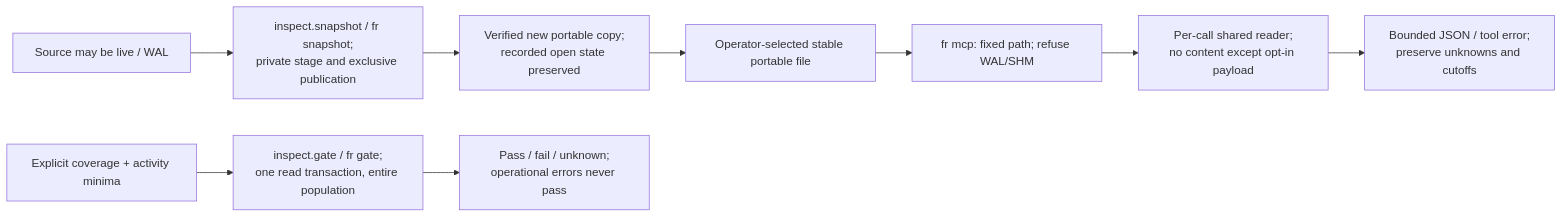
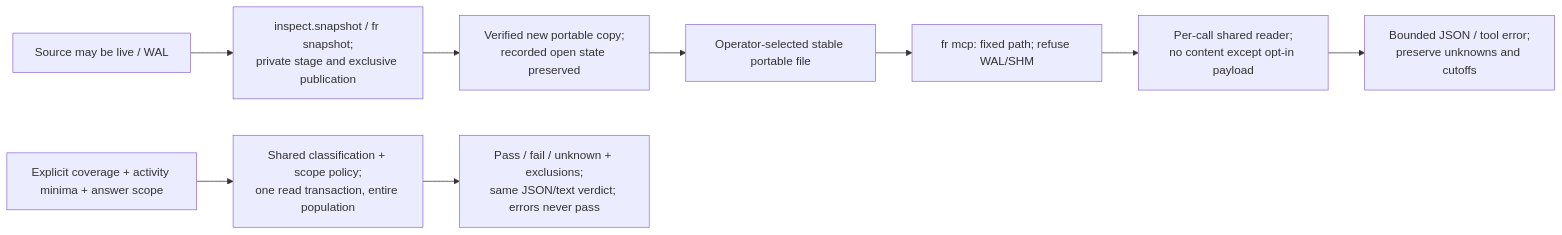
Before and after one commit to Steady-Hand-AI/mcp-flightrecorder: diagram 13 of 15 in docs/architecture.md, drawn with Mermaid. The commit also changed other lines of this file and 20 other files, not shown here.

````diff
--- a/docs/architecture.md
+++ b/docs/architecture.md
@@ -808,10 +815,10 @@
 ```mermaid
 flowchart LR
     Fixed["Operator-selected stable portable file"] --> MCP["fr mcp: fixed path; refuse WAL/SHM"]
     MCP --> Reader["Per-call shared reader;<br/>no content except opt-in payload"]
     Reader --> Reply["Bounded JSON / tool error;<br/>preserve unknowns and cutoffs"]
     Live["Source may be live / WAL"] --> Snap["inspect.snapshot / fr snapshot;<br/>private stage and exclusive publication"]
     Snap --> Portable["Verified new portable copy;<br/>recorded open state preserved"] --> Fixed
-    Expectations["Explicit coverage + activity minima"] --> Gate["inspect.gate / fr gate;<br/>one read transaction, entire population"]
-    Gate --> Verdict["Pass / fail / unknown;<br/>operational errors never pass"]
+    Expectations["Explicit coverage + activity minima + answer scope"] --> Gate["Shared classification + scope policy;<br/>one read transaction, entire population"]
+    Gate --> Verdict["Pass / fail / unknown + exclusions;<br/>same JSON/text verdict; errors never pass"]
 ```
````
